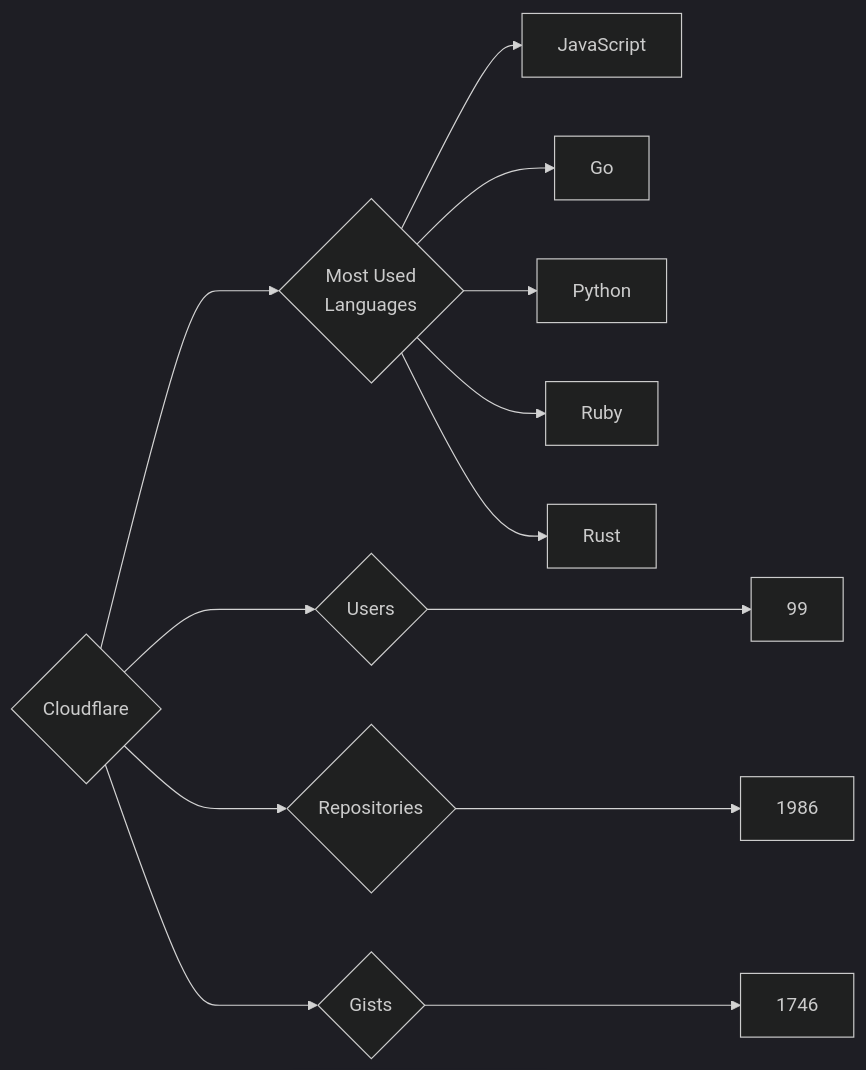
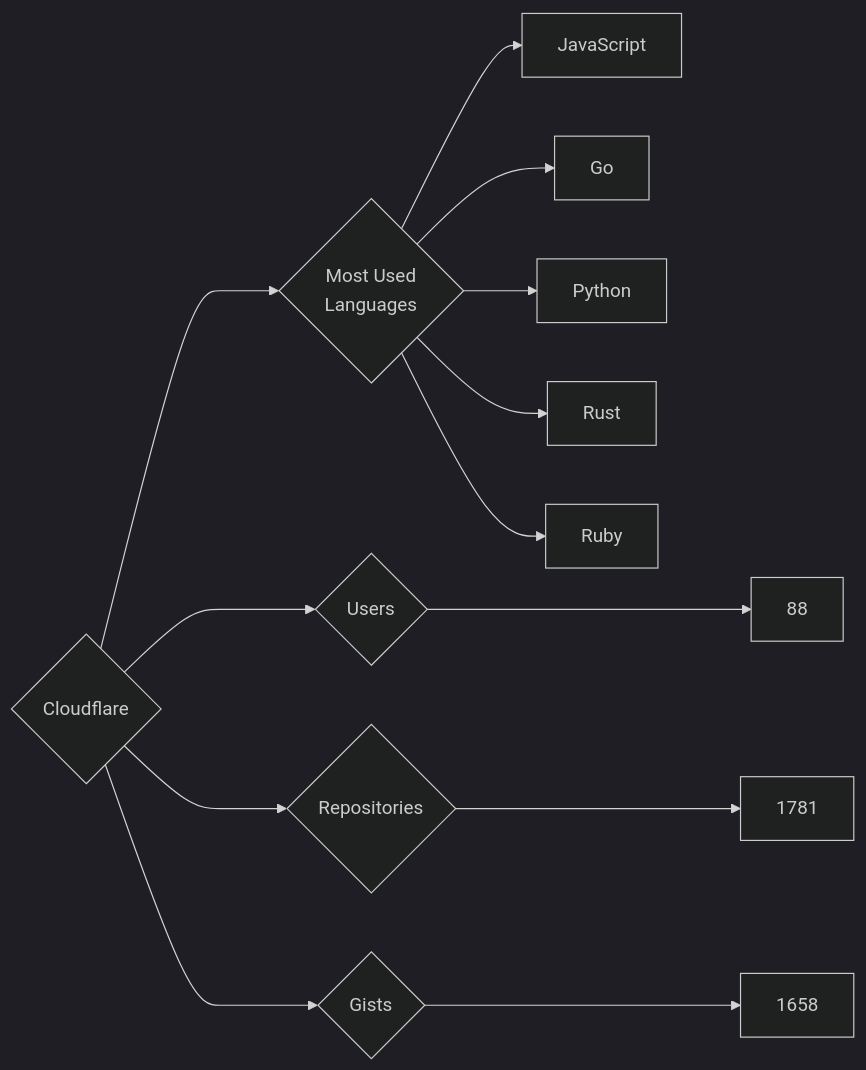
Before and after one commit to trickest/insiders: the diagram in targets/Cloudflare/README.md, drawn with Mermaid (dark theme). The commit also changed 720 other files, not shown here.

````diff
--- a/targets/Cloudflare/README.md
+++ b/targets/Cloudflare/README.md
@@ -3,13 +3,13 @@
 ```mermaid
 graph LR
 COMPANY_NAME{Cloudflare}
-COMPANY_NAME ---> U{Users} ---> UN[99]
-COMPANY_NAME ---> R{Repositories} ---> RN[1986]
-COMPANY_NAME ---> G{Gists} ---> GN[1746]
+COMPANY_NAME ---> U{Users} ---> UN[88]
+COMPANY_NAME ---> R{Repositories} ---> RN[1781]
+COMPANY_NAME ---> G{Gists} ---> GN[1658]
 COMPANY_NAME ---> ML{Most Used<br>Languages}
 ML --> JavaScript[JavaScript]
 ML --> Go[Go]
 ML --> Python[Python]
+ML --> Rust[Rust]
 ML --> Ruby[Ruby]
-ML --> Rust[Rust]
 ```
````
